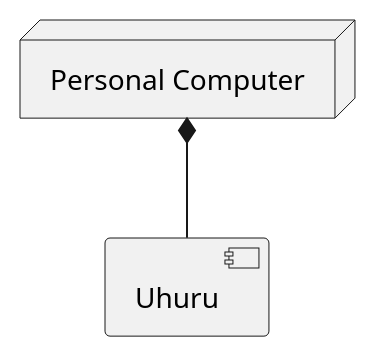
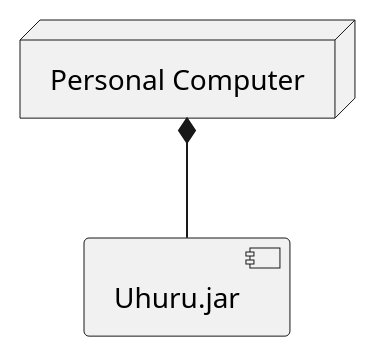
Before and after one commit to MiguelCiav/Uhuru: the diagram in deploymentDiagram.plantuml, drawn with PlantUML. The commit also changed 2 other files, not shown here.

Commit message:
Cambios en el diagrama de diseño

```diff
--- a/deploymentDiagram.plantuml
+++ b/deploymentDiagram.plantuml
@@ -1,8 +1,8 @@
 @startuml DeploymentDiagram
 
 node "Personal Computer" as PC 
-component Uhuru
+component Uhuru.jar
 
-PC *-- Uhuru
+PC *-- Uhuru.jar
 
 @enduml
```
